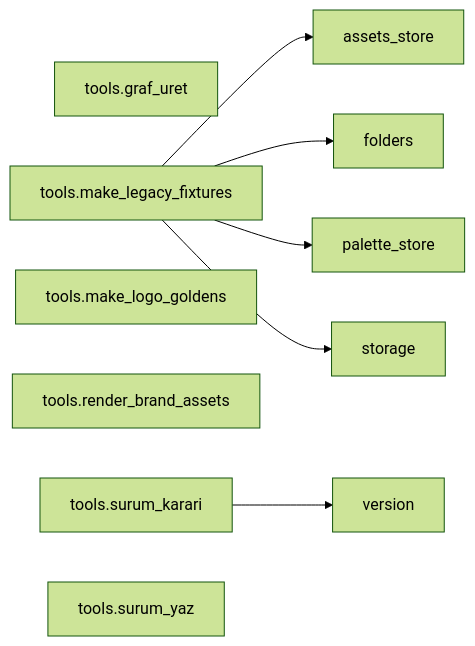
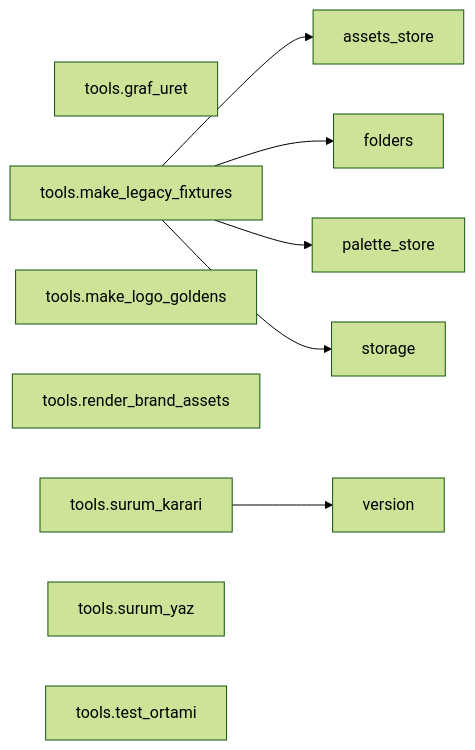
The second of 2 diagrams in docs/graflar/moduller.md (Zenginby/kromis), drawn with Mermaid (forest theme) before and after one commit. The commit also changed other lines of this file and 9 other files, not shown here.

````diff
--- a/docs/graflar/moduller.md
+++ b/docs/graflar/moduller.md
@@ -279,14 +279,15 @@
 ```mermaid
 flowchart LR
   n_tools_graf_uret["tools.graf_uret"]
   n_tools_make_legacy_fixtures["tools.make_legacy_fixtures"]
   n_tools_make_legacy_fixtures --> n_assets_store["assets_store"]
   n_tools_make_legacy_fixtures --> n_folders["folders"]
   n_tools_make_legacy_fixtures --> n_palette_store["palette_store"]
   n_tools_make_legacy_fixtures --> n_storage["storage"]
   n_tools_make_logo_goldens["tools.make_logo_goldens"]
   n_tools_render_brand_assets["tools.render_brand_assets"]
   n_tools_surum_karari["tools.surum_karari"]
   n_tools_surum_karari --> n_version["version"]
   n_tools_surum_yaz["tools.surum_yaz"]
+  n_tools_test_ortami["tools.test_ortami"]
 ```
````
